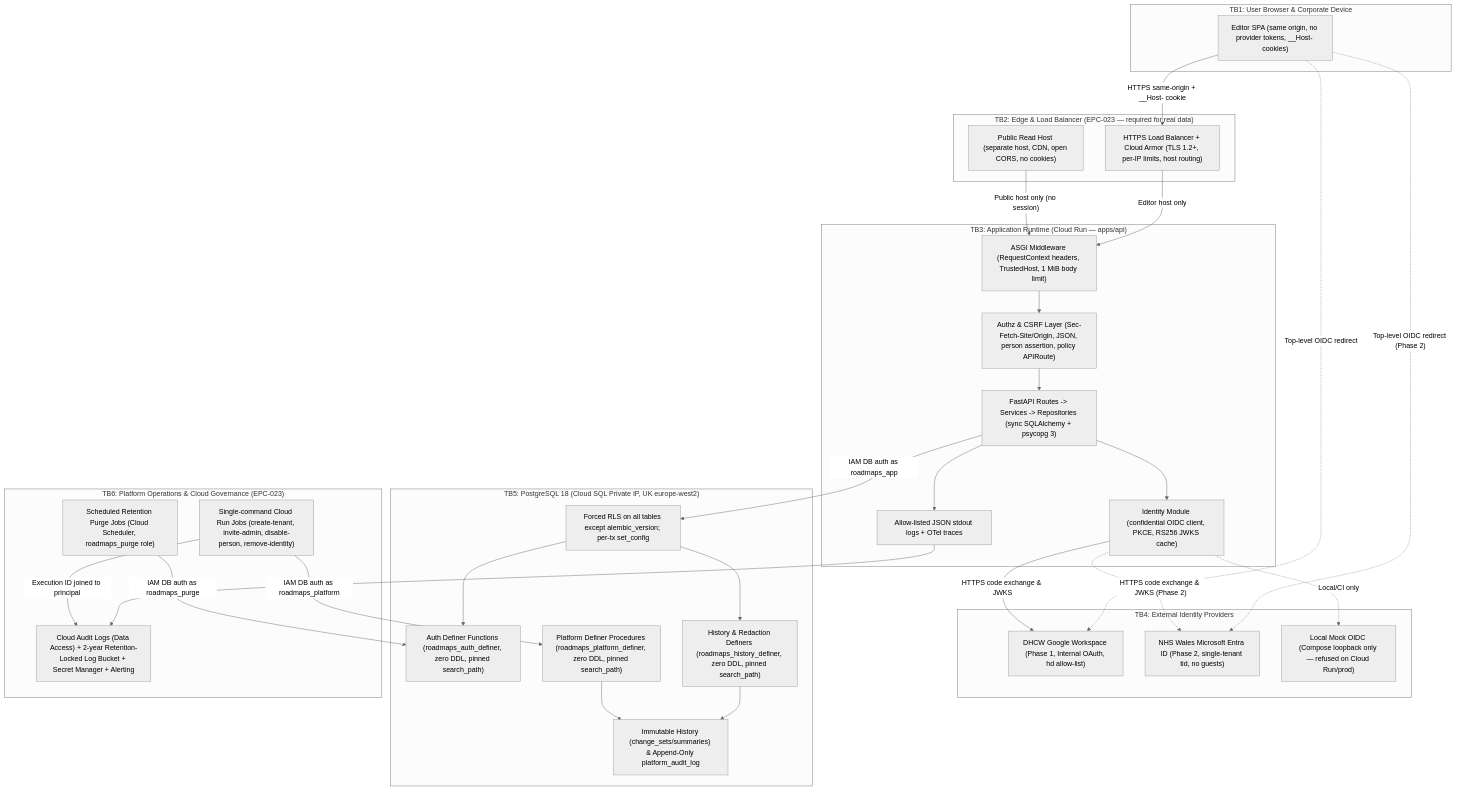
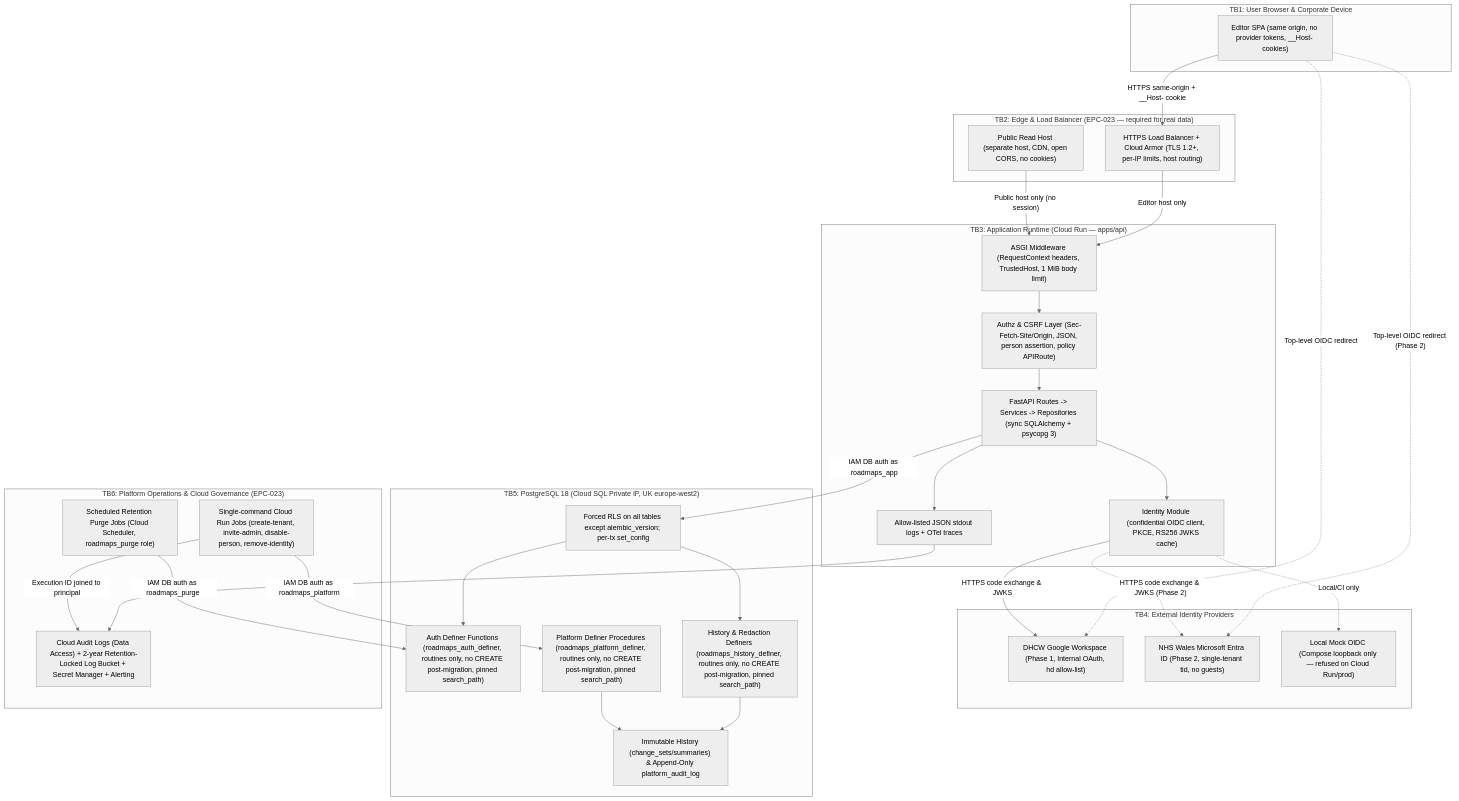
Before and after one commit to DHCW-Digital-Health-and-Care-Wales/roadmaps: the first of 4 diagrams in docs/analysis/identity-threat-model.md, drawn with Mermaid (neutral theme). The commit also changed other lines of this file and 6 other files, not shown here.

````diff
--- a/docs/analysis/identity-threat-model.md
+++ b/docs/analysis/identity-threat-model.md
@@ -153,59 +153,59 @@
 ```mermaid
 flowchart TB
   subgraph TB1["TB1: User Browser & Corporate Device"]
     Browser["Editor SPA (same origin, no provider tokens, __Host- cookies)"]
   end
 
   subgraph TB2["TB2: Edge & Load Balancer (EPC-023 — required for real data)"]
     LB["HTTPS Load Balancer + Cloud Armor (TLS 1.2+, per-IP limits, host routing)"]
     PubHost["Public Read Host (separate host, CDN, open CORS, no cookies)"]
   end
 
   subgraph TB3["TB3: Application Runtime (Cloud Run — apps/api)"]
     MW["ASGI Middleware (RequestContext headers, TrustedHost, 1 MiB body limit)"]
     Guard["Authz & CSRF Layer (Sec-Fetch-Site/Origin, JSON, person assertion, policy APIRoute)"]
     API["FastAPI Routes -> Services -> Repositories (sync SQLAlchemy + psycopg 3)"]
     OIDC["Identity Module (confidential OIDC client, PKCE, RS256 JWKS cache)"]
     Logs["Allow-listed JSON stdout logs + OTel traces"]
   end
 
   subgraph TB4["TB4: External Identity Providers"]
     Google["DHCW Google Workspace (Phase 1, Internal OAuth, hd allow-list)"]
     Entra["NHS Wales Microsoft Entra ID (Phase 2, single-tenant tid, no guests)"]
     Mock["Local Mock OIDC (Compose loopback only — refused on Cloud Run/prod)"]
   end
 
   subgraph TB5["TB5: PostgreSQL 18 (Cloud SQL Private IP, UK europe-west2)"]
     PG["Forced RLS on all tables except alembic_version; per-tx set_config"]
-    DefAuth["Auth Definer Functions (roadmaps_auth_definer, zero DDL, pinned search_path)"]
-    DefHist["History & Redaction Definers (roadmaps_history_definer, zero DDL, pinned search_path)"]
-    DefPlat["Platform Definer Procedures (roadmaps_platform_definer, zero DDL, pinned search_path)"]
+    DefAuth["Auth Definer Functions (roadmaps_auth_definer, routines only, no CREATE post-migration, pinned search_path)"]
+    DefHist["History & Redaction Definers (roadmaps_history_definer, routines only, no CREATE post-migration, pinned search_path)"]
+    DefPlat["Platform Definer Procedures (roadmaps_platform_definer, routines only, no CREATE post-migration, pinned search_path)"]
     Audit["Immutable History (change_sets/summaries) & Append-Only platform_audit_log"]
   end
 
   subgraph TB6["TB6: Platform Operations & Cloud Governance (EPC-023)"]
     Jobs["Single-command Cloud Run Jobs (create-tenant, invite-admin, disable-person, remove-identity)"]
     Purge["Scheduled Retention Purge Jobs (Cloud Scheduler, roadmaps_purge role)"]
     Gov["Cloud Audit Logs (Data Access) + 2-year Retention-Locked Log Bucket + Secret Manager + Alerting"]
   end
 
   Browser -- "HTTPS same-origin + __Host- cookie" --> LB
   Browser -. "Top-level OIDC redirect" .-> Google
   Browser -. "Top-level OIDC redirect (Phase 2)" .-> Entra
   LB -- "Editor host only" --> MW
   PubHost -- "Public host only (no session)" --> MW
   MW --> Guard --> API
   API --> OIDC
   OIDC -- "HTTPS code exchange & JWKS" --> Google
   OIDC -. "HTTPS code exchange & JWKS (Phase 2)" .-> Entra
   OIDC -. "Local/CI only" .-> Mock
   API -- "IAM DB auth as roadmaps_app" --> PG
   PG --> DefAuth
   PG --> DefHist
   DefHist --> Audit
   API --> Logs --> Gov
   Jobs -- "IAM DB auth as roadmaps_platform" --> DefPlat
   DefPlat --> Audit
   Purge -- "IAM DB auth as roadmaps_purge" --> DefAuth
   Jobs -- "Execution ID joined to principal" --> Gov
 ```
````
